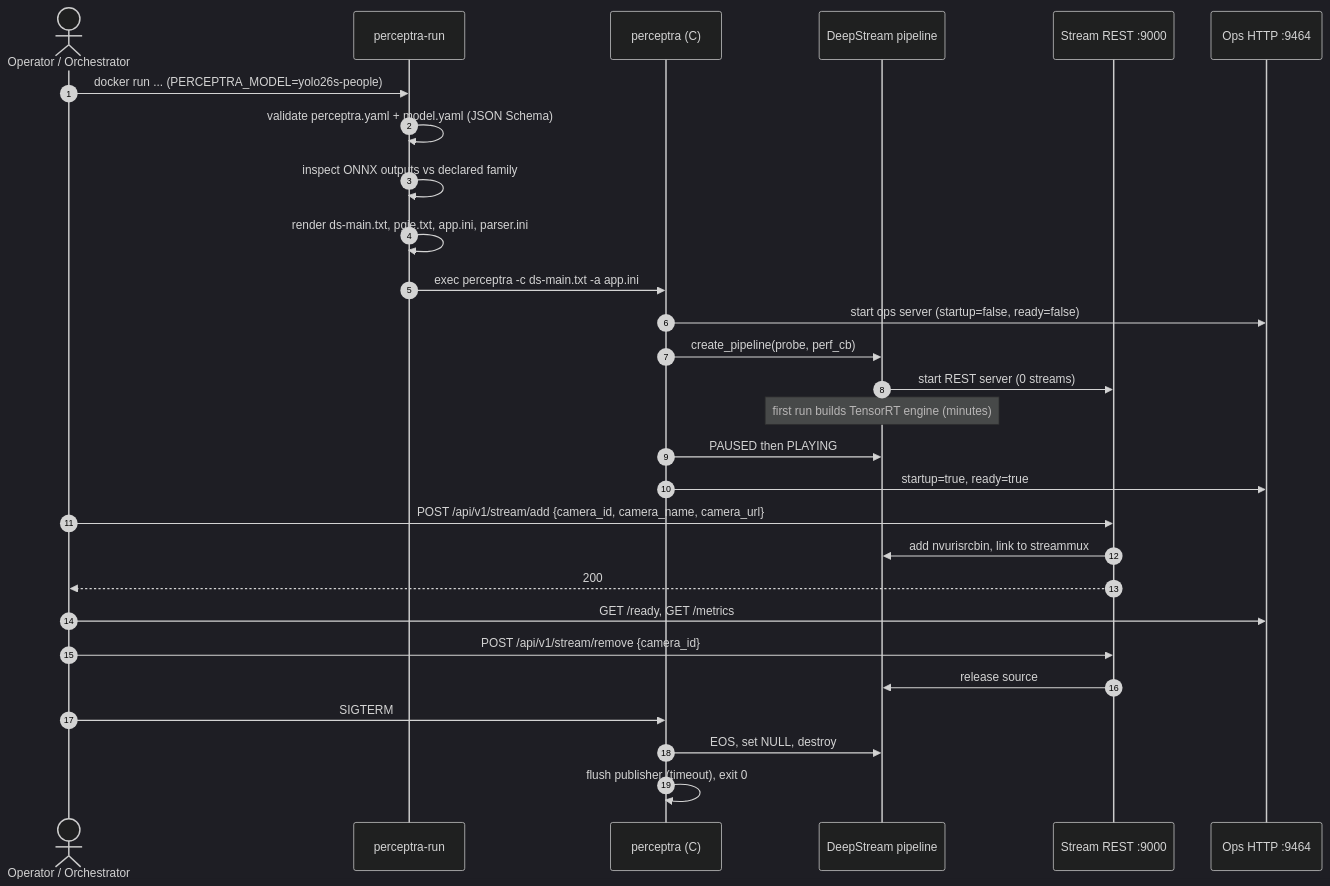
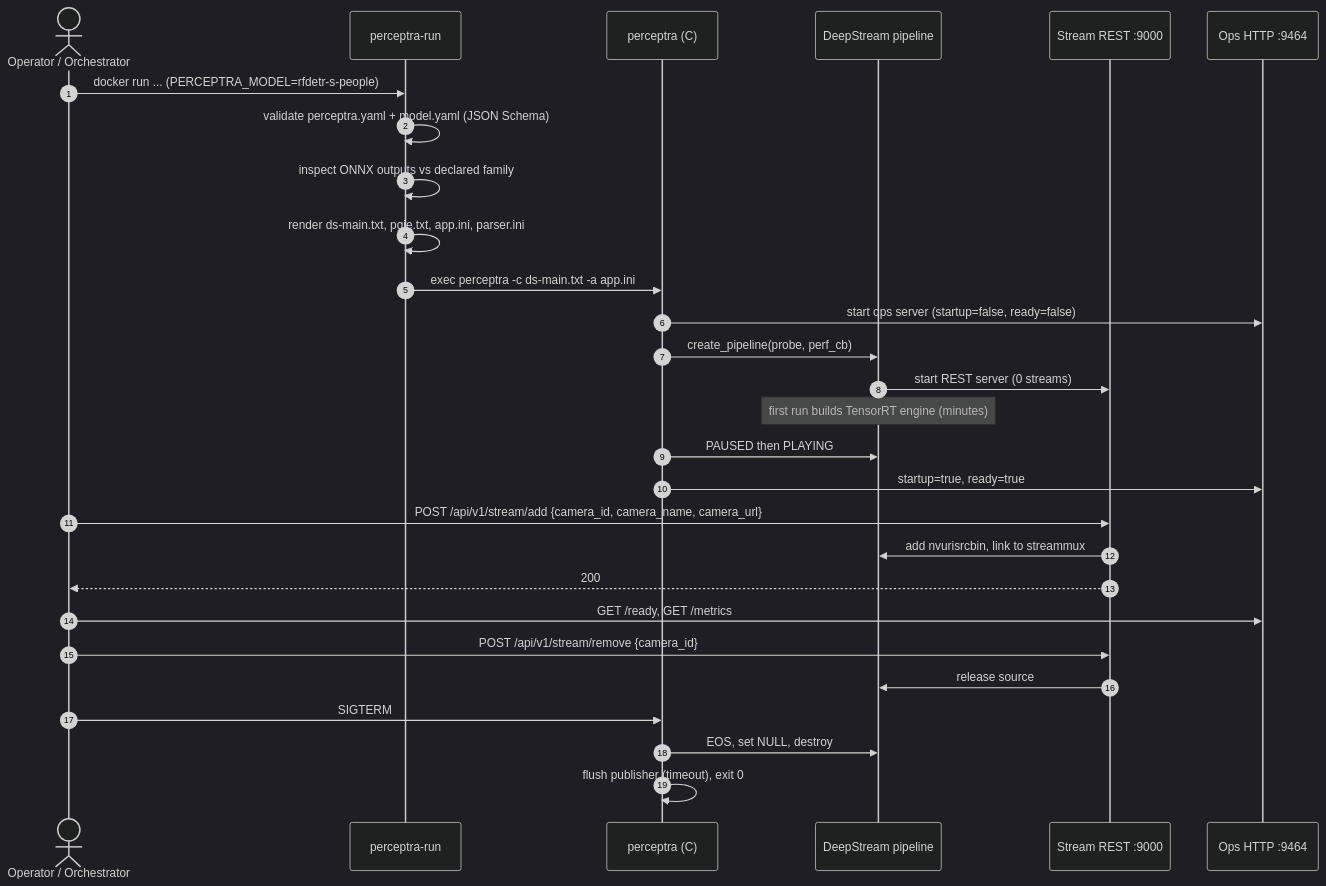
Before and after one commit to abhinand4as/rtvision: the third of 4 diagrams in ARCHITECTURE.md, drawn with Mermaid (dark theme). The commit also changed 7 other files, not shown here.

````diff
--- a/ARCHITECTURE.md
+++ b/ARCHITECTURE.md
@@ -123,31 +123,31 @@
 ```mermaid
 sequenceDiagram
     autonumber
     actor Op as Operator / Orchestrator
     participant Run as perceptra-run
     participant App as perceptra (C)
     participant DS as DeepStream pipeline
     participant REST as Stream REST :9000
     participant Ops as Ops HTTP :9464
 
-    Op->>Run: docker run ... (PERCEPTRA_MODEL=yolo26s-people)
+    Op->>Run: docker run ... (PERCEPTRA_MODEL=rfdetr-s-people)
     Run->>Run: validate perceptra.yaml + model.yaml (JSON Schema)
     Run->>Run: inspect ONNX outputs vs declared family
     Run->>Run: render ds-main.txt, pgie.txt, app.ini, parser.ini
     Run->>App: exec perceptra -c ds-main.txt -a app.ini
     App->>Ops: start ops server (startup=false, ready=false)
     App->>DS: create_pipeline(probe, perf_cb)
     DS->>REST: start REST server (0 streams)
     Note over DS: first run builds TensorRT engine (minutes)
     App->>DS: PAUSED then PLAYING
     App->>Ops: startup=true, ready=true
     Op->>REST: POST /api/v1/stream/add {camera_id, camera_name, camera_url}
     REST->>DS: add nvurisrcbin, link to streammux
     REST-->>Op: 200
     Op->>Ops: GET /ready, GET /metrics
     Op->>REST: POST /api/v1/stream/remove {camera_id}
     REST->>DS: release source
     Op->>App: SIGTERM
     App->>DS: EOS, set NULL, destroy
     App->>App: flush publisher (timeout), exit 0
 ```
````
